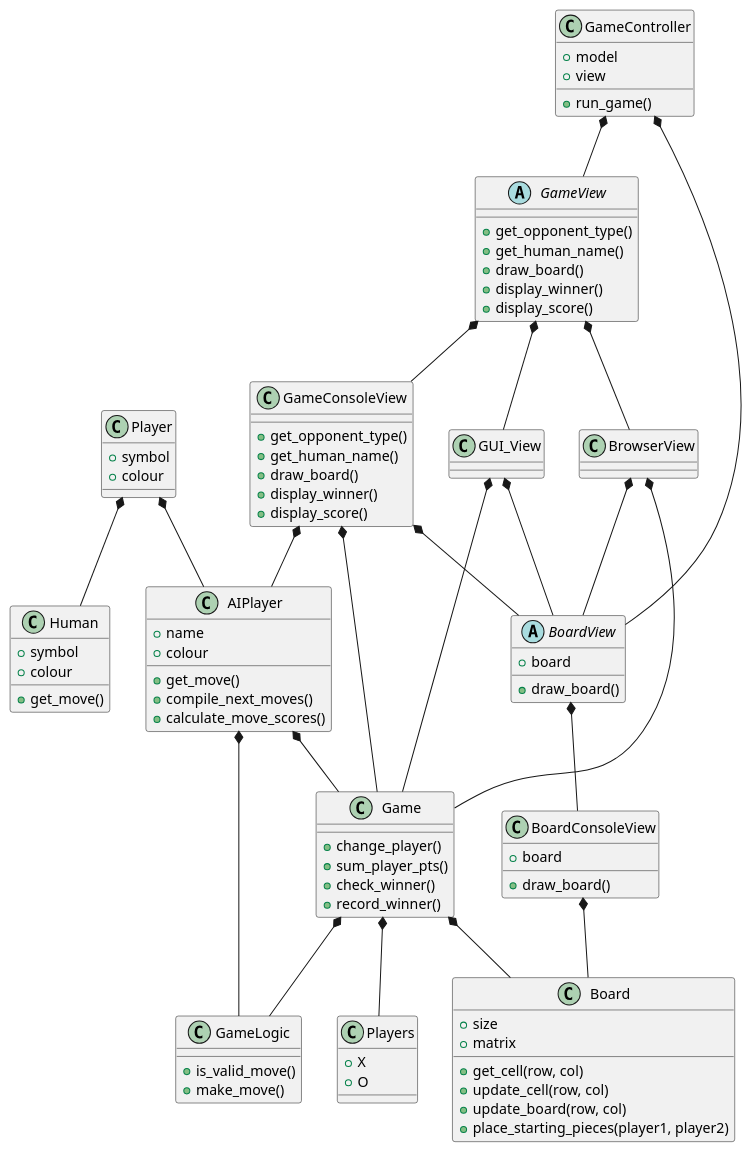
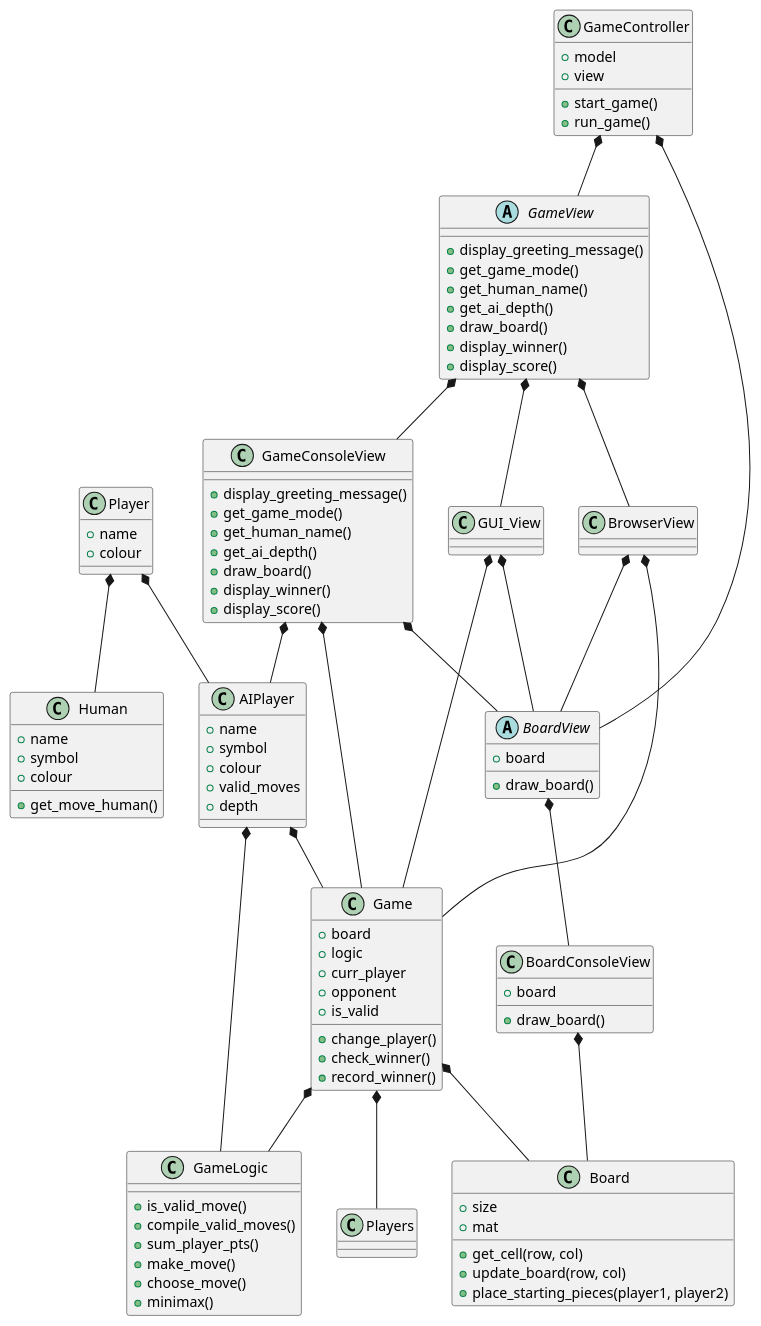
Before and after one commit to asherbillinkoff/reversi: the diagram in reversi.puml, drawn with PlantUML. The commit also changed 6 other files, not shown here.

```diff
--- a/reversi.puml
+++ b/reversi.puml
@@ -1,106 +1,114 @@
 @startuml Reversi Class Diagram
 
 Player *-- Human
 Player *-- AIPlayer
 AIPlayer *-- Game
 AIPlayer *-- GameLogic
 Game *-- Players
 Game *-- Board
 Game *-- GameLogic
 GameConsoleView *-- Game
 GameConsoleView *-- AIPlayer
 BoardConsoleView *-- Board
 BoardView *-- BoardConsoleView
 GameConsoleView *-- BoardView
 GUI_View *-- Game
 GUI_View *-- BoardView
 BrowserView *-- BoardView
 BrowserView *-- Game
 GameView *-- GameConsoleView
 GameView *-- GUI_View
 GameView *-- BrowserView    
 GameController *-- BoardView
 GameController *-- GameView
 
 class Human {
+    + name 
     + symbol
     + colour
-    + get_move()
+    + get_move_human()
 }
 
 class AIPlayer {
-    + name
+    + name 
+    + symbol
     + colour
-    + get_move()
-    + compile_next_moves()
-    + calculate_move_scores()
+    + valid_moves
+    + depth
 }
 
 class Player {
-    + symbol
+    + name
     + colour
-}
-
-class Players {
-    + X
-    + O
 }
 
 class Board {
     + size
-    + matrix
+    + mat
     + get_cell(row, col)
-    + update_cell(row, col)
     + update_board(row, col)
     + place_starting_pieces(player1, player2)
 }
 
 class Game {
-     + change_player()
-     + sum_player_pts()
-     + check_winner()
-     + record_winner()
+    + board
+    + logic
+    + curr_player
+    + opponent
+    + is_valid
+    + change_player()
+    + check_winner()
+    + record_winner()
 }
 
 class GameLogic {
-     + is_valid_move()
-     + make_move()
+    + is_valid_move()
+    + compile_valid_moves()
+    + sum_player_pts()
+    + make_move()
+    + choose_move()
+    + minimax()
 }
 
 abstract class GameView {
-    + get_opponent_type()
+    + display_greeting_message()
+    + get_game_mode()
     + get_human_name()
+    + get_ai_depth()
     + draw_board()
     + display_winner()
     + display_score()
 }
 
 class GameConsoleView {
-    + get_opponent_type()
+    + display_greeting_message()
+    + get_game_mode()
     + get_human_name()
+    + get_ai_depth()
     + draw_board()
     + display_winner()
     + display_score()
 }
 
 abstract class BoardView {
     + board
     + draw_board()
 }
 
 class BoardConsoleView {
     + board
     + draw_board()
 }
 
 class GUI_View {}
 
 class BrowserView {}
 
 class GameController {
     + model
     + view
+    + start_game()
     + run_game()
 }
 
 @enduml
```
